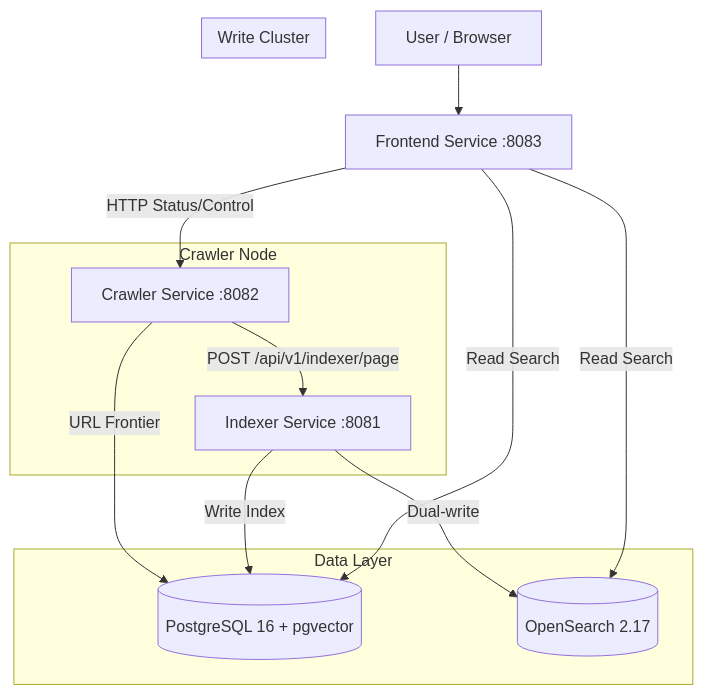
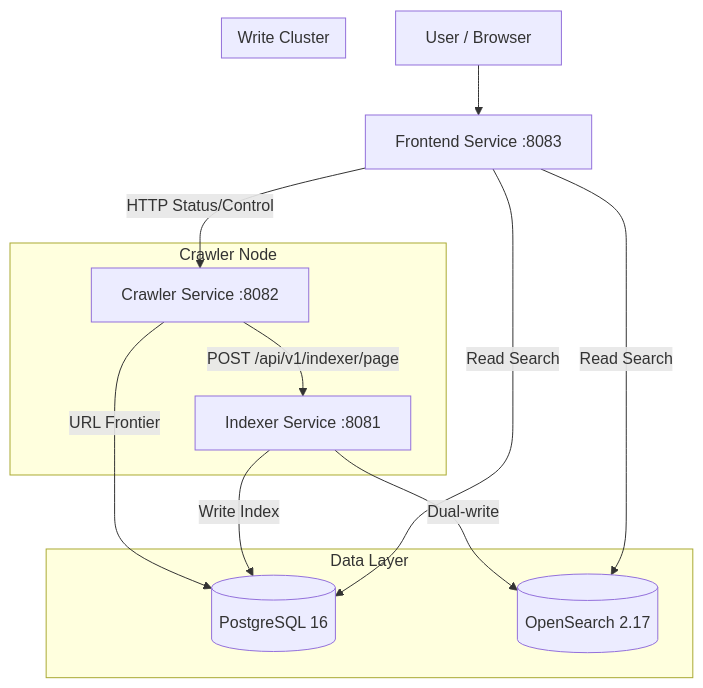
One commit to tomato414941/web-search changed the diagram in docs/architecture.md. Above: the diagram before and after it, drawn with Mermaid. The commit also changed other lines of this file and 2 other files, not shown here.

Commit message:
docs: align search architecture docs

````diff
--- a/docs/architecture.md
+++ b/docs/architecture.md
@@ -27,25 +27,25 @@
 ```mermaid
 graph TD
     Client[User / Browser] --> Frontend[Frontend Service :8083]
 
     subgraph Data Layer
-        DB[(PostgreSQL 16 + pgvector)]
+        DB[(PostgreSQL 16)]
         OS[(OpenSearch 2.17)]
     end
 
     subgraph Crawler Node
         Crawler[Crawler Service :8082]
         Crawler -- POST /api/v1/indexer/page --> Indexer
     end
 
     subgraph Write Cluster
         Indexer[Indexer Service :8081]
     end
 
     Frontend -- Read Search --> DB
     Frontend -- Read Search --> OS
     Indexer -- Write Index --> DB
     Indexer -- Dual-write --> OS
     Crawler -- URL Frontier --> DB
     Frontend -- HTTP Status/Control --> Crawler
 ```
````
